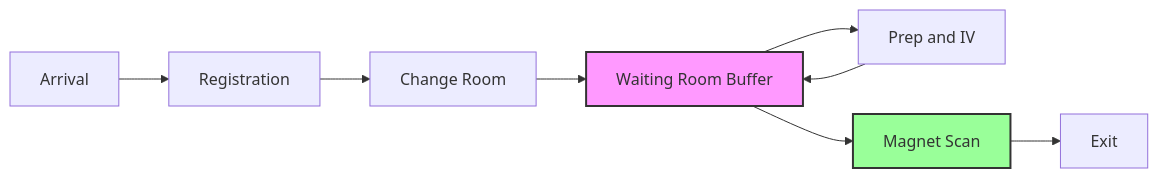
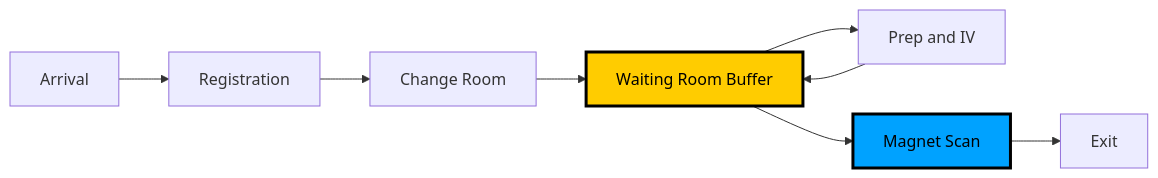
One commit to bhavik-knight/5560-MRI-Project changed the diagram in README.md. Above: the diagram before and after it, drawn with Mermaid. The commit also changed 1 other file, not shown here.

Commit message:
update: readme / walkthrough so that on github it can be read

````diff
--- a/README.md
+++ b/README.md
@@ -28,13 +28,13 @@
 ```mermaid
 graph LR;
   A[Arrival] --> B[Registration];
   B --> C[Change Room];
   C --> D[Waiting Room Buffer];
   D --> E[Prep and IV];
   E --> D;
   D --> F[Magnet Scan];
   F --> G[Exit];
 
-  style D fill:#f9f,stroke:#333,stroke-width:2px;
-  style F fill:#9f9,stroke:#333,stroke-width:2px;
+  style D fill:#ffcc00,stroke:#000,stroke-width:3px,color:#000;
+  style F fill:#00a2ff,stroke:#000,stroke-width:3px,color:#000;
 ```
````
